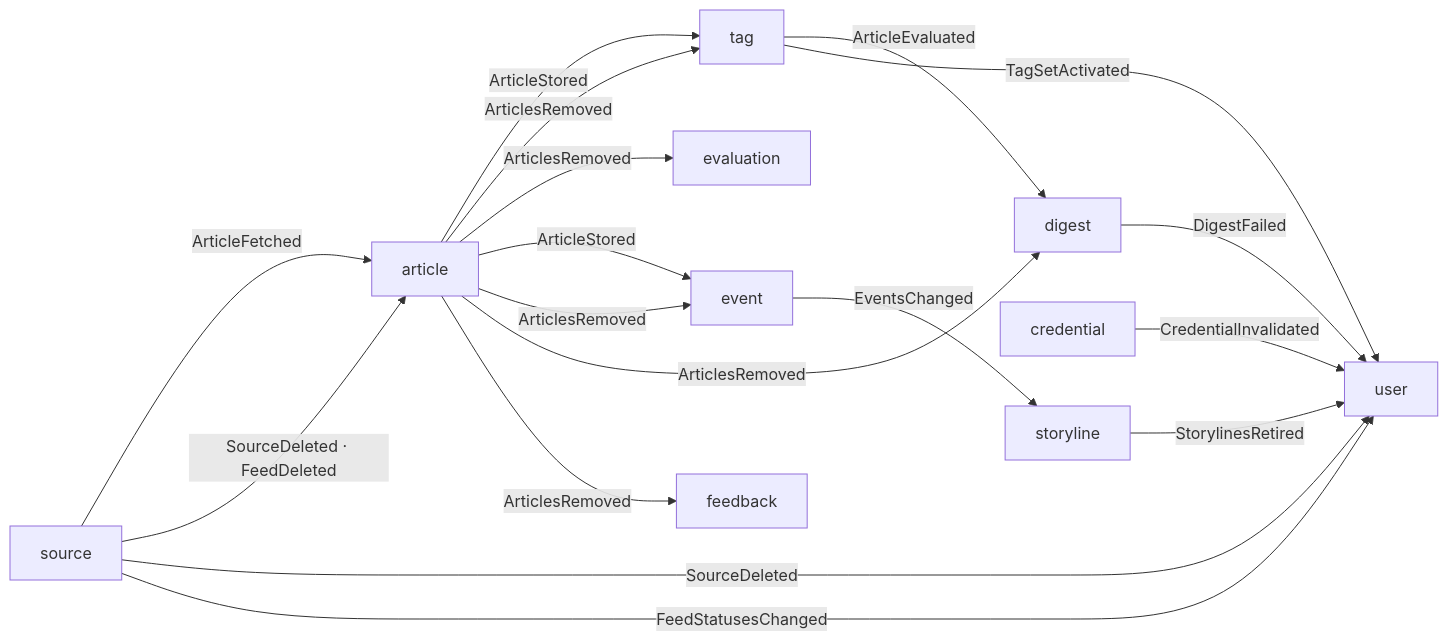
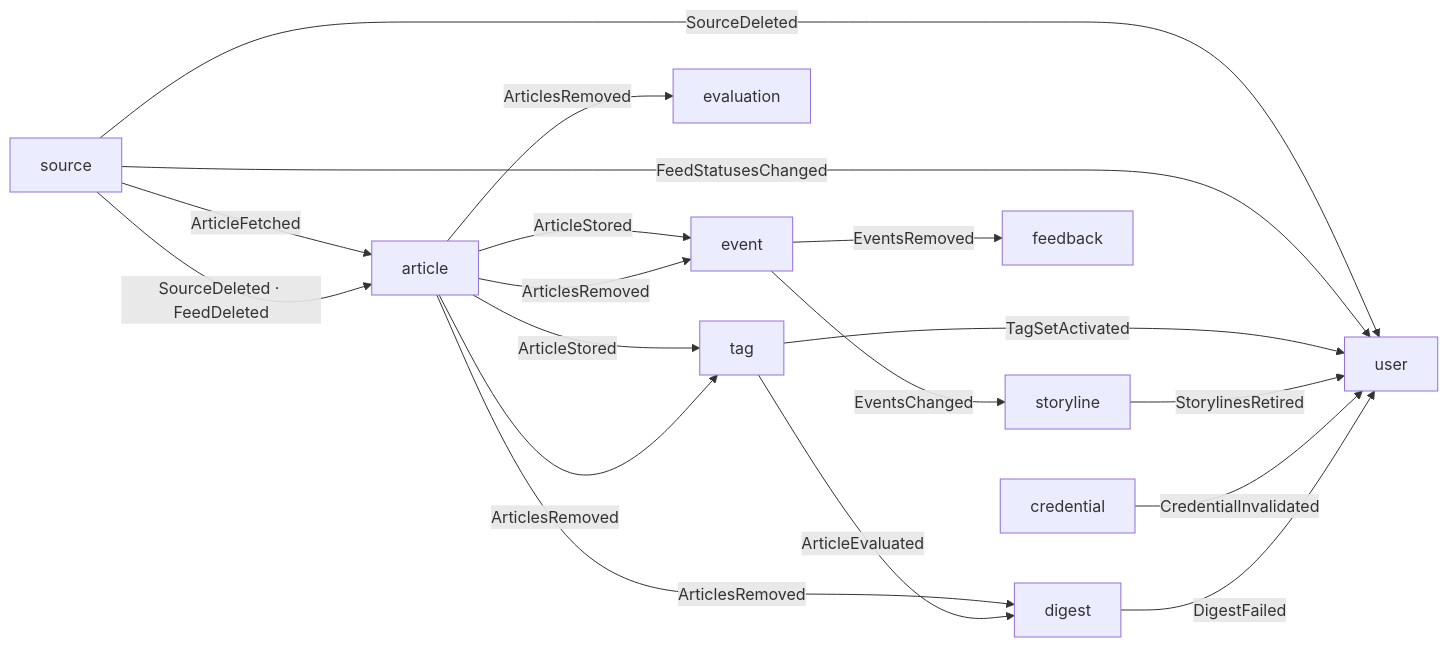
Before and after one commit to Theia0382/yozm-news: the second of 2 diagrams in docs/overview.md, drawn with Mermaid. The commit also changed other lines of this file and 24 other files, not shown here.

````diff
--- a/docs/overview.md
+++ b/docs/overview.md
@@ -139,20 +139,20 @@
 ```mermaid
 flowchart LR
     source -- ArticleFetched --> article
     source -- SourceDeleted · FeedDeleted --> article
     source -- SourceDeleted --> user
     source -- FeedStatusesChanged --> user
     article -- ArticleStored --> tag
     article -- ArticlesRemoved --> tag
     article -- ArticlesRemoved --> evaluation
     article -- ArticleStored --> event
     article -- ArticlesRemoved --> event
     article -- ArticlesRemoved --> digest
-    article -- ArticlesRemoved --> feedback
     event -- EventsChanged --> storyline
+    event -- EventsRemoved --> feedback
     tag -- ArticleEvaluated --> digest
     tag -- TagSetActivated --> user
     storyline -- StorylinesRetired --> user
     credential -- CredentialInvalidated --> user
     digest -- DigestFailed --> user
 ```
````
